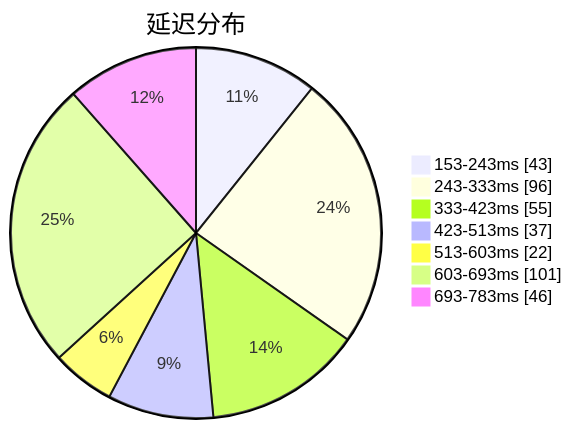
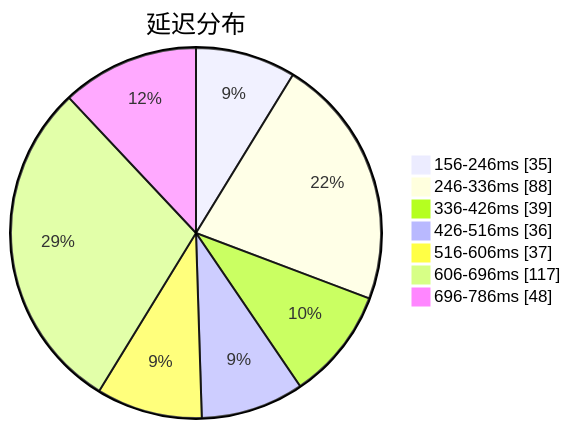
The first of 3 diagrams in subs/statistics/tested_within.md (qjlxg/airport), drawn with Mermaid before and after one commit. The commit also changed other lines of this file and 2 other files, not shown here.

````diff
--- a/subs/statistics/tested_within.md
+++ b/subs/statistics/tested_within.md
@@ -2,11 +2,11 @@
 ```mermaid
 pie showData
 title 延迟分布
-"153-243ms" : 43
-"243-333ms" : 96
-"333-423ms" : 55
-"423-513ms" : 37
-"513-603ms" : 22
-"603-693ms" : 101
-"693-783ms" : 46
+"156-246ms" : 35
+"246-336ms" : 88
+"336-426ms" : 39
+"426-516ms" : 36
+"516-606ms" : 37
+"606-696ms" : 117
+"696-786ms" : 48
 ```
````
